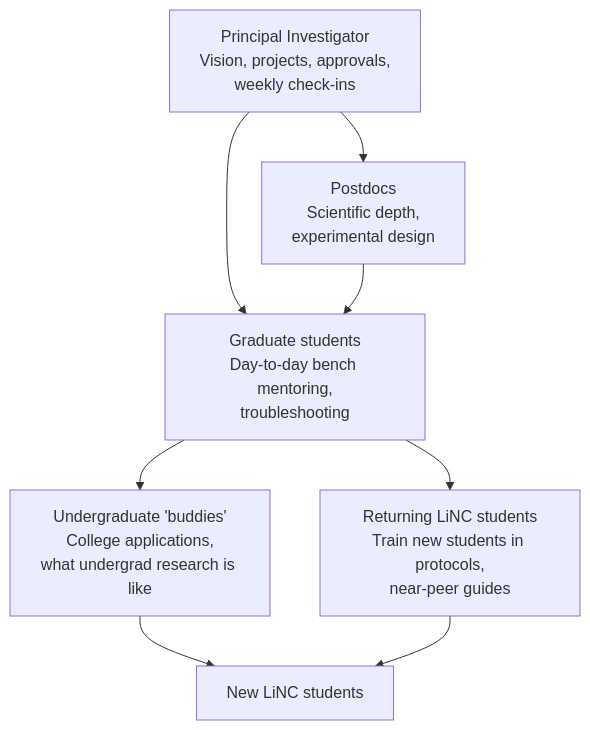
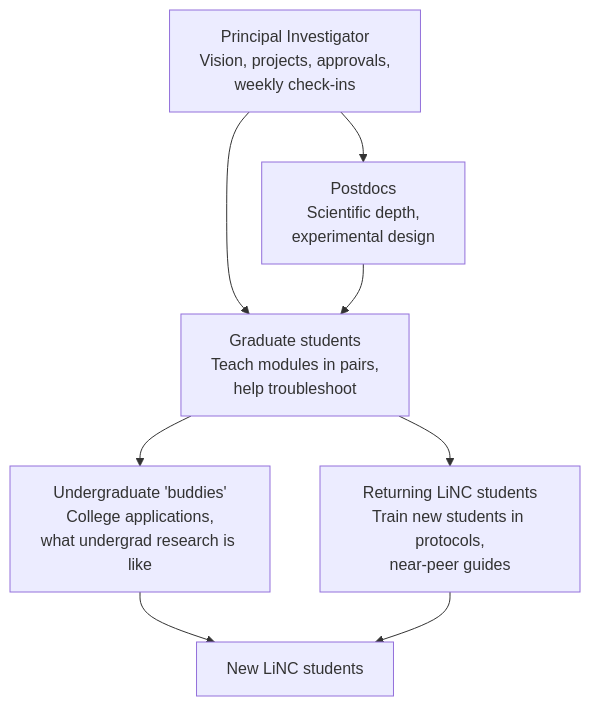
Before and after one commit to drjsoundsgood/linc-replication-toolkit: the diagram in docs/09-mentorship-cascade.md, drawn with Mermaid. The commit also changed other lines of this file and 7 other files, not shown here.

````diff
--- a/docs/09-mentorship-cascade.md
+++ b/docs/09-mentorship-cascade.md
@@ -5,10 +5,10 @@
 ```mermaid
 flowchart TD
     PI["Principal Investigator<br/>Vision, projects, approvals,<br/>weekly check-ins"] --> PD["Postdocs<br/>Scientific depth,<br/>experimental design"]
-    PI --> GS["Graduate students<br/>Day-to-day bench mentoring,<br/>troubleshooting"]
+    PI --> GS["Graduate students<br/>Teach modules in pairs,<br/>help troubleshoot"]
     PD --> GS
     GS --> UG["Undergraduate 'buddies'<br/>College applications,<br/>what undergrad research is like"]
     GS --> RS["Returning LiNC students<br/>Train new students in protocols,<br/>near-peer guides"]
     UG --> NS["New LiNC students"]
     RS --> NS
 ```
````
